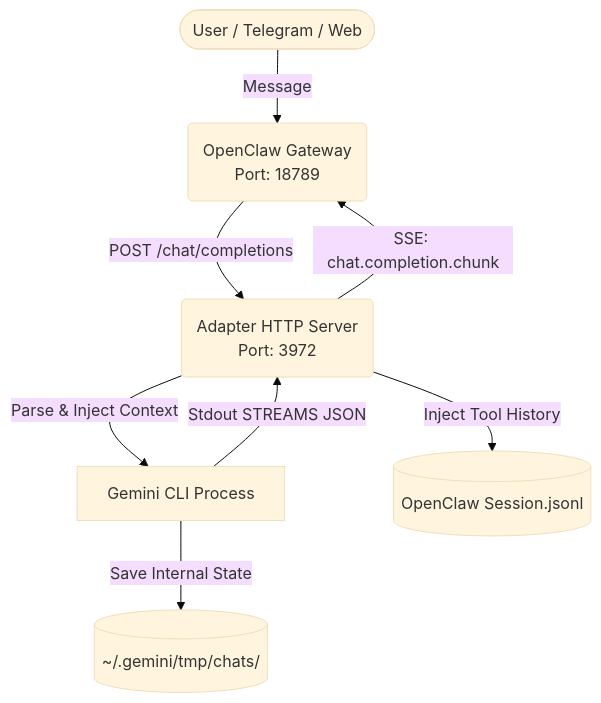
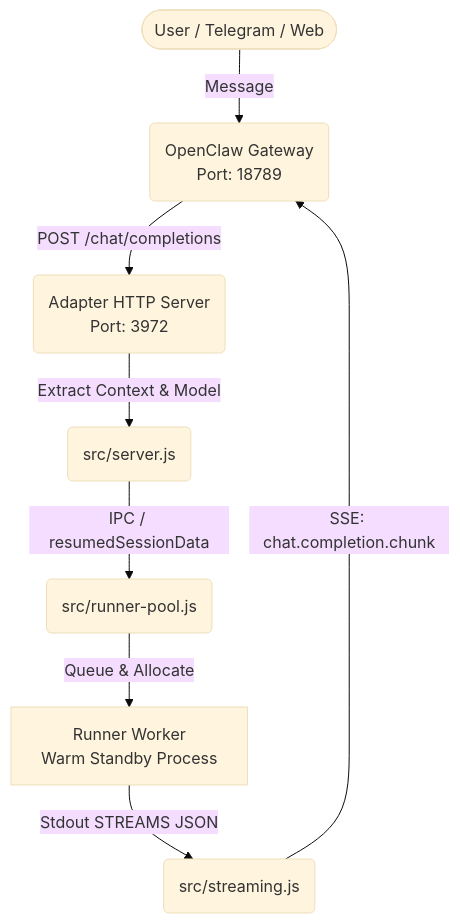
The diagram in docs/openclaw_geminicli_integration/openclaw_geminicli_integration/architecture.md (heppoko-wizard/openclaw-gemini-cli-adapter), drawn with Mermaid (base theme) before and after one commit. The commit also changed other lines of this file and 1 other file, not shown here.

First line of the commit message:
docs: rewrite architecture and runbook to match current reality

````diff
--- a/docs/openclaw_geminicli_integration/openclaw_geminicli_integration/architecture.md
+++ b/docs/openclaw_geminicli_integration/openclaw_geminicli_integration/architecture.md
@@ -5,10 +5,10 @@
 ```mermaid
 graph TD
     User([User / Telegram / Web]) -->|Message| OpenClaw(OpenClaw Gateway\nPort: 18789)
     OpenClaw -->|POST /chat/completions| Adapter(Adapter HTTP Server\nPort: 3972)
-    Adapter -->|Parse & Inject Context| GeminiCLI[Gemini CLI Process]
-    GeminiCLI -->|Stdout STREAMS JSON| Adapter
-    Adapter -->|SSE: chat.completion.chunk| OpenClaw
-    Adapter -->|Inject Tool History| OpenClawHistory[(OpenClaw Session.jsonl)]
-    GeminiCLI -->|Save Internal State| GeminiHistory[(~/.gemini/tmp/chats/)]
+    Adapter -->|Extract Context & Model| Server(src/server.js)
+    Server -->|IPC / resumedSessionData| RunnerPool(src/runner-pool.js)
+    RunnerPool -->|Queue & Allocate| RunnerWorker[Runner Worker\nWarm Standby Process]
+    RunnerWorker -->|Stdout STREAMS JSON| Streaming(src/streaming.js)
+    Streaming -->|SSE: chat.completion.chunk| OpenClaw
 ```
````
